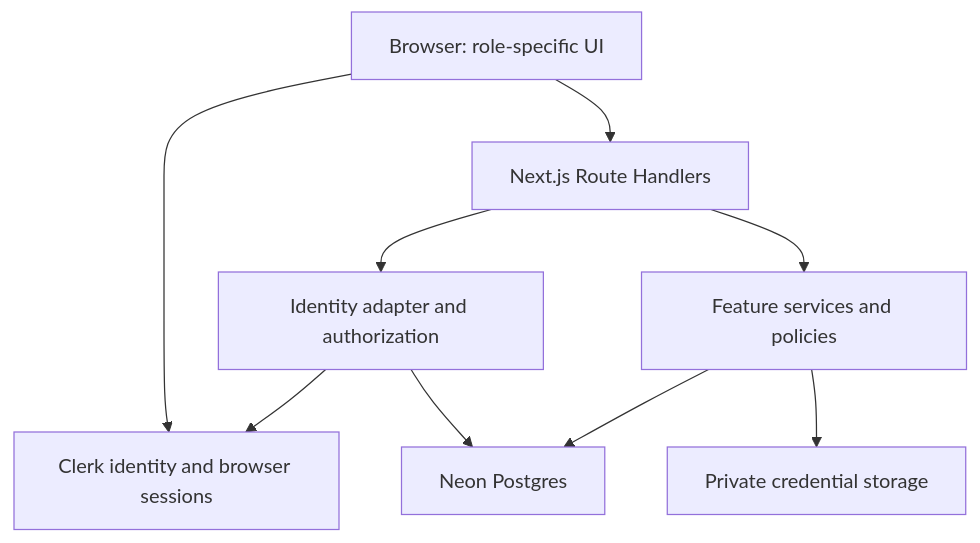
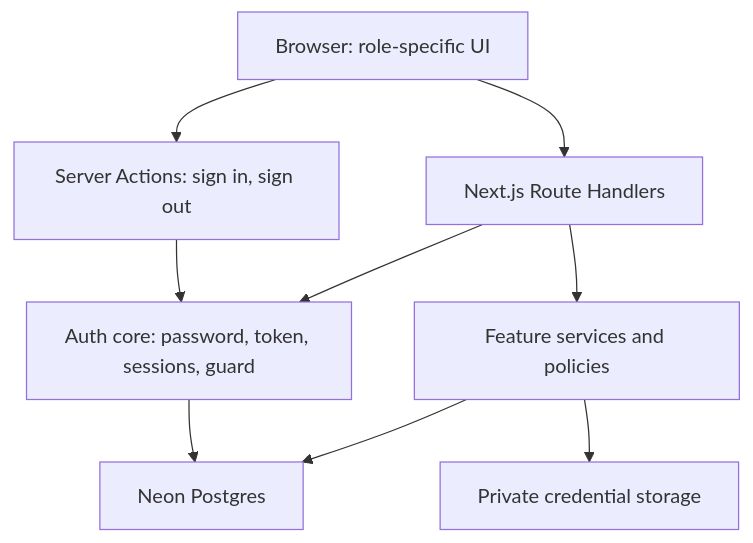
Before and after one commit to erikadelao13/shiftpatch: the diagram in ARCHITECTURE.md, drawn with Mermaid. The commit also changed other lines of this file and 11 other files, not shown here.

````diff
--- a/ARCHITECTURE.md
+++ b/ARCHITECTURE.md
@@ -43,11 +44,11 @@
 ```mermaid
 flowchart TD
-    Browser["Browser: role-specific UI"] --> HTTP["Next.js Route Handlers"]
-    Browser --> Clerk["Clerk identity and browser sessions"]
-    HTTP --> Auth["Identity adapter and authorization"]
+    Browser["Browser: role-specific UI"] --> Actions["Server Actions: sign in, sign out"]
+    Browser --> HTTP["Next.js Route Handlers"]
+    Actions --> Auth["Auth core: password, token, sessions, guard"]
+    HTTP --> Auth
     HTTP --> Services["Feature services and policies"]
-    Auth --> Clerk
     Auth --> DB["Neon Postgres"]
     Services --> DB
     Services --> Files["Private credential storage"]
 ```
````
